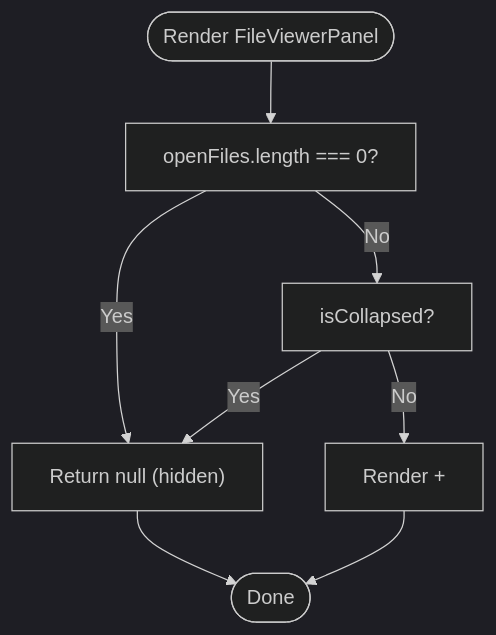
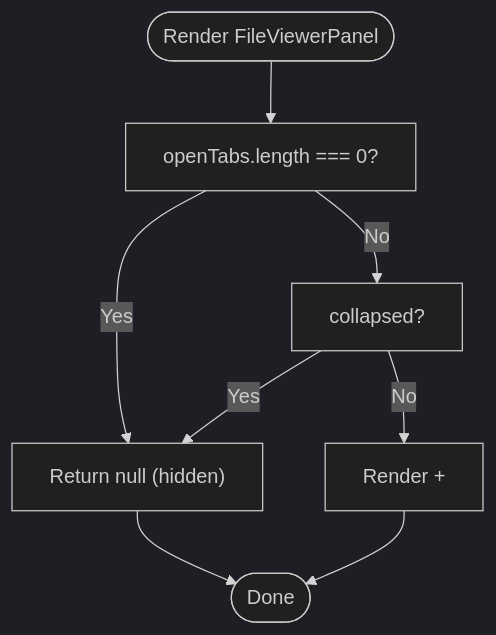
The third of 10 diagrams in .qoder/repowiki/en/content/Frontend Application/UI Components/File Viewer Components.md (v0lka/c0wrk), drawn with Mermaid (dark theme) before and after one commit. The commit also changed other lines of this file and 3 other files, not shown here.

````diff
--- a/.qoder/repowiki/en/content/Frontend Application/UI Components/File Viewer Components.md
+++ b/.qoder/repowiki/en/content/Frontend Application/UI Components/File Viewer Components.md
@@ -142,10 +161,10 @@
 ```mermaid
 flowchart TD
-Start(["Render FileViewerPanel"]) --> CheckOpen["openFiles.length === 0?"]
+Start(["Render FileViewerPanel"]) --> CheckOpen["openTabs.length === 0?"]
 CheckOpen --> |Yes| Hide["Return null (hidden)"]
-CheckOpen --> |No| CheckCollapse["isCollapsed?"]
+CheckOpen --> |No| CheckCollapse["collapsed?"]
 CheckCollapse --> |Yes| Hide
 CheckCollapse --> |No| Render["Render <FileViewerTabBar/> + <FileViewerContent/>"]
 Render --> End(["Done"])
 Hide --> End
 ```
````
